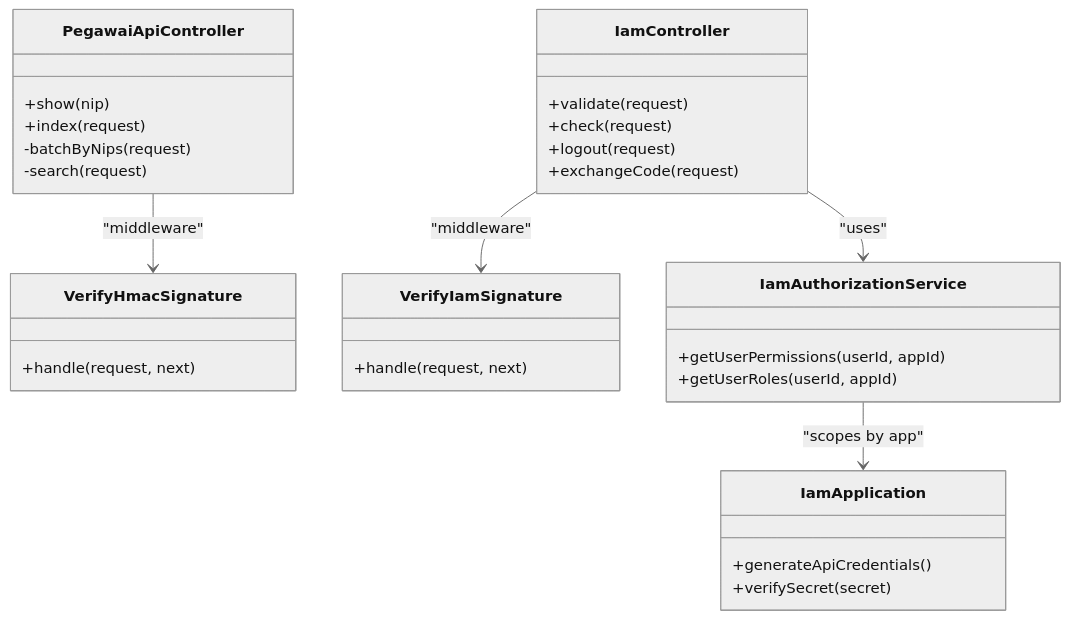
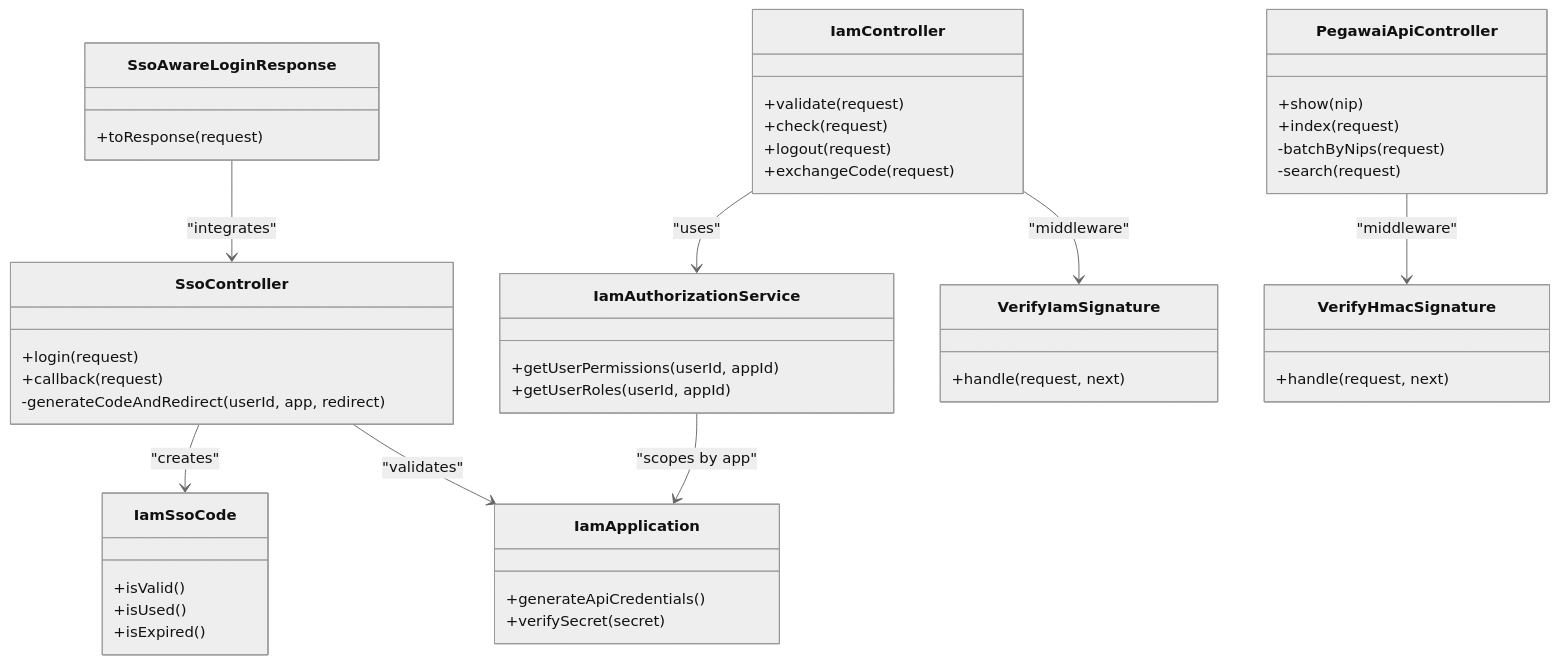
One commit to PA-Penajam/kepegawaian_apps changed the sixth of 6 diagrams in .qoder/repowiki/en/content/Backend Architecture/Controller Layer/API Controllers.md. Above: the diagram before and after it, drawn with Mermaid (neutral theme). The commit also changed other lines of this file and 13 other files, not shown here.

````diff
--- a/.qoder/repowiki/en/content/Backend Architecture/Controller Layer/API Controllers.md
+++ b/.qoder/repowiki/en/content/Backend Architecture/Controller Layer/API Controllers.md
@@ -306,33 +385,49 @@
 ```mermaid
 classDiagram
 class PegawaiApiController {
 +show(nip)
 +index(request)
 -batchByNips(request)
 -search(request)
 }
 class IamController {
 +validate(request)
 +check(request)
 +logout(request)
 +exchangeCode(request)
+}
+class SsoController {
++login(request)
++callback(request)
+-generateCodeAndRedirect(userId, app, redirect)
+}
+class SsoAwareLoginResponse {
++toResponse(request)
 }
 class IamAuthorizationService {
 +getUserPermissions(userId, appId)
 +getUserRoles(userId, appId)
 }
 class VerifyHmacSignature {
 +handle(request, next)
 }
 class VerifyIamSignature {
 +handle(request, next)
 }
 class IamApplication {
 +generateApiCredentials()
 +verifySecret(secret)
 }
+class IamSsoCode {
++isValid()
++isUsed()
++isExpired()
+}
 PegawaiApiController --> VerifyHmacSignature : "middleware"
 IamController --> VerifyIamSignature : "middleware"
 IamController --> IamAuthorizationService : "uses"
+SsoController --> IamApplication : "validates"
+SsoController --> IamSsoCode : "creates"
+SsoAwareLoginResponse --> SsoController : "integrates"
 IamAuthorizationService --> IamApplication : "scopes by app"
 ```
````
